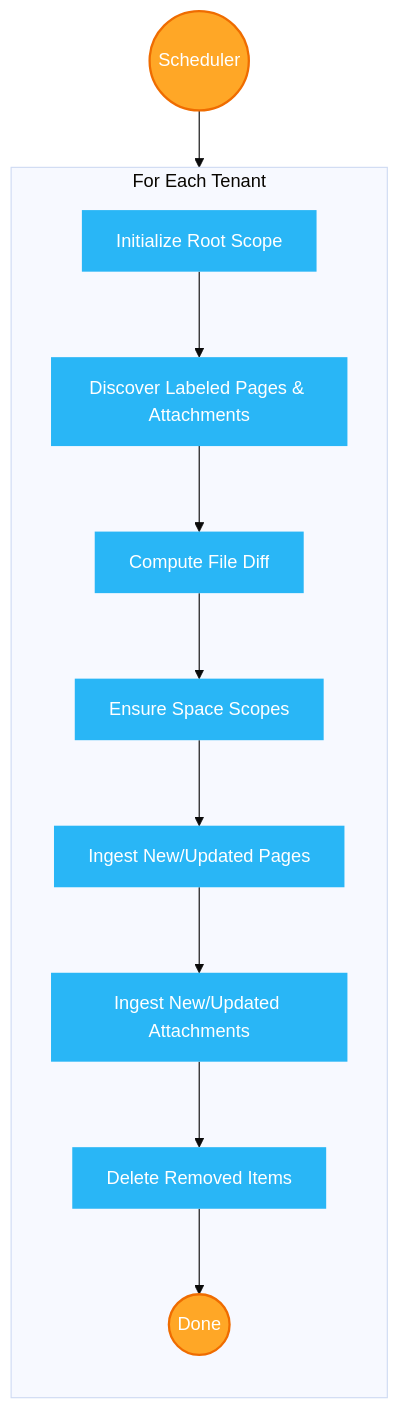
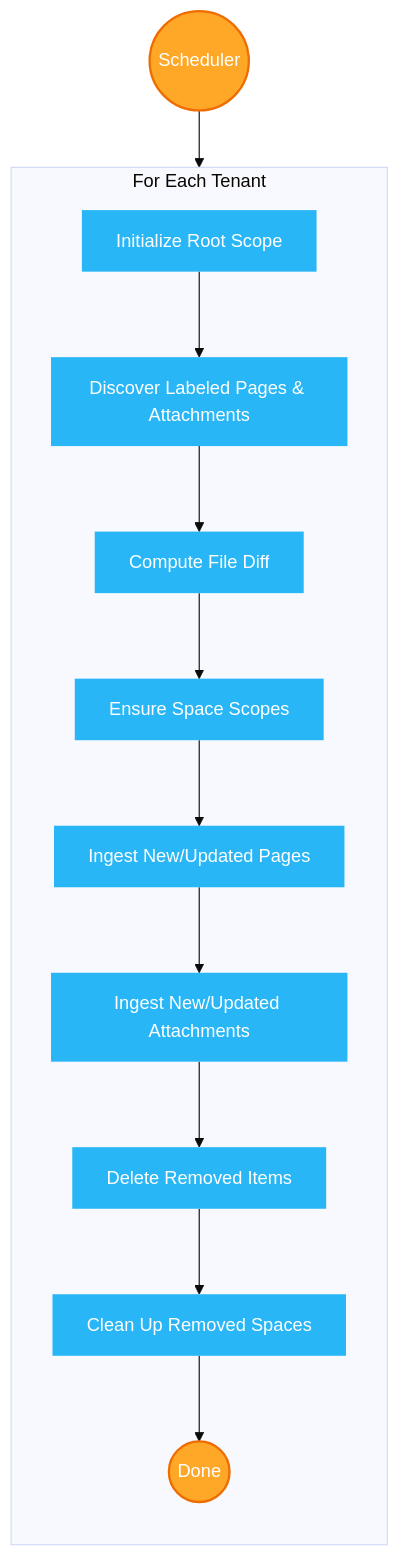
One commit to Unique-AG/connectors changed the first of 2 diagrams in services/confluence-connector/docs/README.md. Above: the diagram before and after it, drawn with Mermaid (base theme). The commit also changed other lines of this file and 2 other files, not shown here.

Commit message:
docs(confluence-connector): document end-of-cycle removed space cleanup
When a Confluence space disappears from discovery results (deleted
space or all ingest labels removed), the connector now deletes the
orphaned files and the space scope automatically at the end of the
sync cycle. Updates the flow diagrams, adds a Removed Space Cleanup
section to flows.md, and rewrites the FAQ entries that previously
claimed manual cleanup was required.

````diff
--- a/services/confluence-connector/docs/README.md
+++ b/services/confluence-connector/docs/README.md
@@ -121,33 +121,35 @@
 ```mermaid
 flowchart TB
   Start(("Scheduler"))
 
   subgraph TenantSync["For Each Tenant"]
     direction TB
 
     InitScope["Initialize Root Scope"]
     Discover["Discover Labeled Pages & Attachments"]
     Diff["Compute File Diff"]
     EnsureScopes["Ensure Space Scopes"]
     IngestPages["Ingest New/Updated Pages"]
     IngestAttachments["Ingest New/Updated Attachments"]
     Delete["Delete Removed Items"]
+    CleanupSpaces["Clean Up Removed Spaces"]
     Done(("Done"))
   end
 
   Start --> TenantSync
   InitScope --> Discover
   Discover --> Diff
   Diff --> EnsureScopes
   EnsureScopes --> IngestPages
   IngestPages --> IngestAttachments
   IngestAttachments --> Delete
-  Delete --> Done
+  Delete --> CleanupSpaces
+  CleanupSpaces --> Done
 
 classDef start fill:#FFA726,stroke:#EF6C00,stroke-width:2px,color:white
 classDef process fill:#29B6F6,stroke:#0277BD,stroke-width:0px,color:white
 classDef container fill:#F5F5F5,stroke:#BDBDBD,stroke-width:1px,stroke-dasharray: 5 5,color:#616161
 
 class Start,Done start
-class InitScope,Discover,Diff,EnsureScopes,IngestPages,IngestAttachments,Delete process
+class InitScope,Discover,Diff,EnsureScopes,IngestPages,IngestAttachments,Delete,CleanupSpaces process
 ```
````
